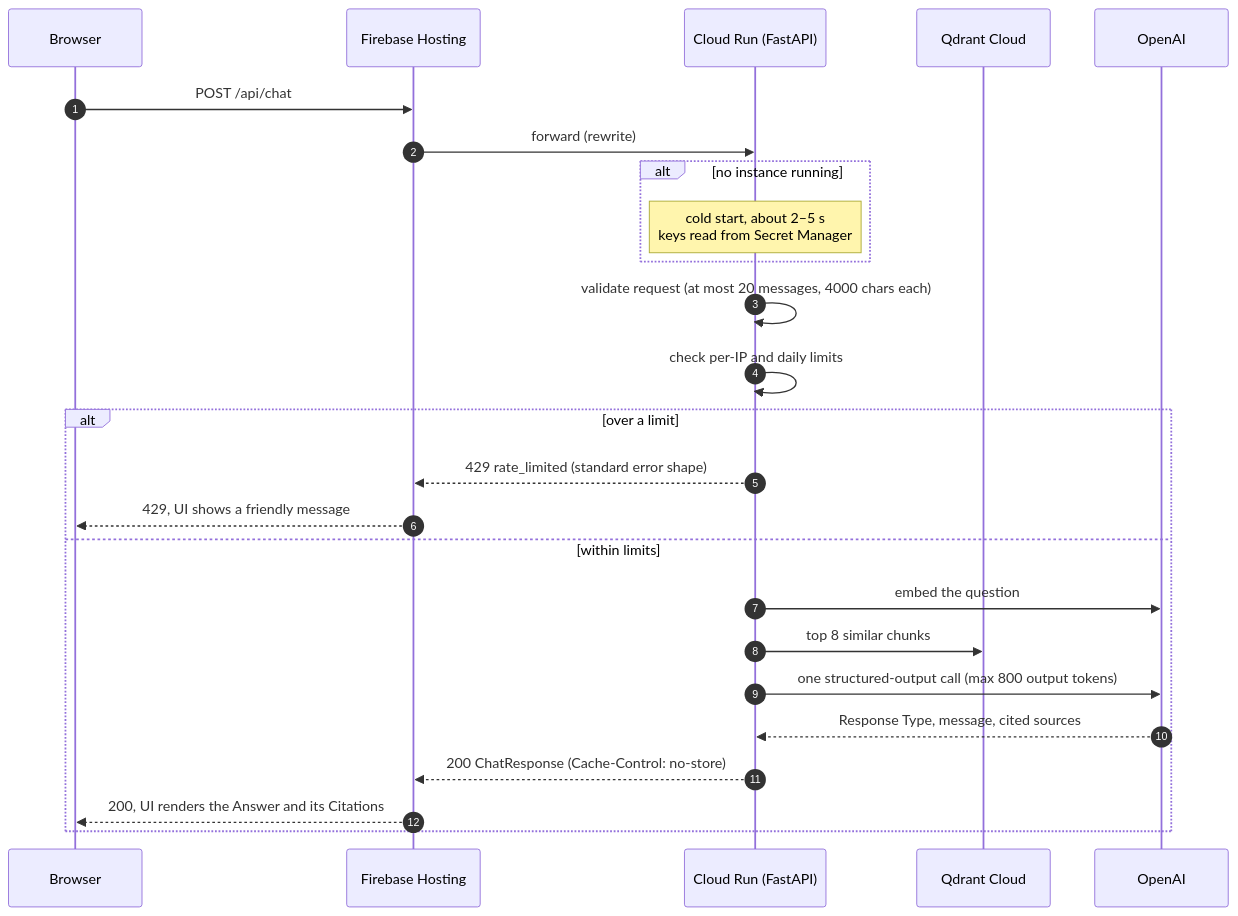
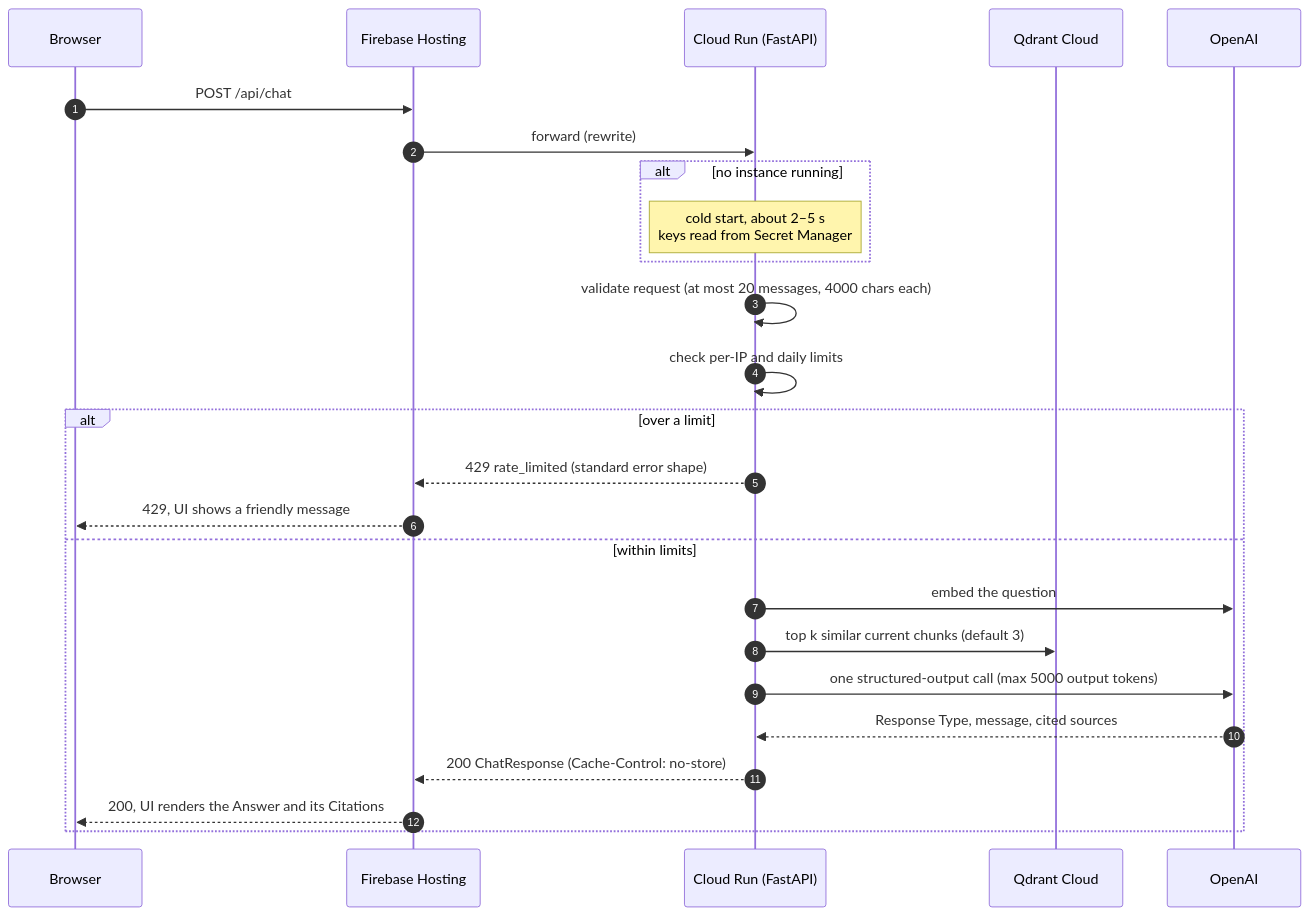
One commit to NaveenManjappa/hr-assist changed the second of 6 diagrams in docs/deployment.md. Above: the diagram before and after it, drawn with Mermaid. The commit also changed other lines of this file and 15 other files, not shown here.

````diff
--- a/docs/deployment.md
+++ b/docs/deployment.md
@@ -96,28 +96,28 @@
 ```mermaid
 sequenceDiagram
     autonumber
     participant B as Browser
     participant F as Firebase Hosting
     participant C as Cloud Run (FastAPI)
     participant Q as Qdrant Cloud
     participant O as OpenAI
 
     B->>F: POST /api/chat
     F->>C: forward (rewrite)
     alt no instance running
         Note over C: cold start, about 2–5 s<br/>keys read from Secret Manager
     end
     C->>C: validate request (at most 20 messages, 4000 chars each)
     C->>C: check per-IP and daily limits
     alt over a limit
         C-->>F: 429 rate_limited (standard error shape)
         F-->>B: 429, UI shows a friendly message
     else within limits
         C->>O: embed the question
-        C->>Q: top 8 similar chunks
-        C->>O: one structured-output call (max 800 output tokens)
+        C->>Q: top k similar current chunks (default 3)
+        C->>O: one structured-output call (max 5000 output tokens)
         O-->>C: Response Type, message, cited sources
         C-->>F: 200 ChatResponse (Cache-Control: no-store)
         F-->>B: 200, UI renders the Answer and its Citations
     end
 ```
````
